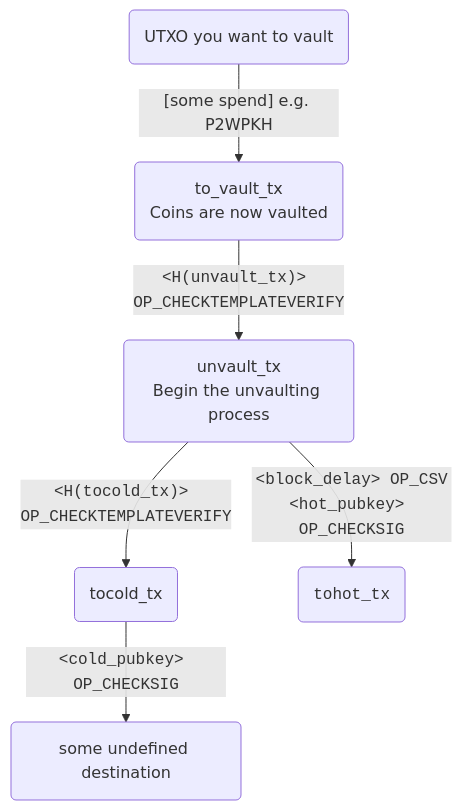
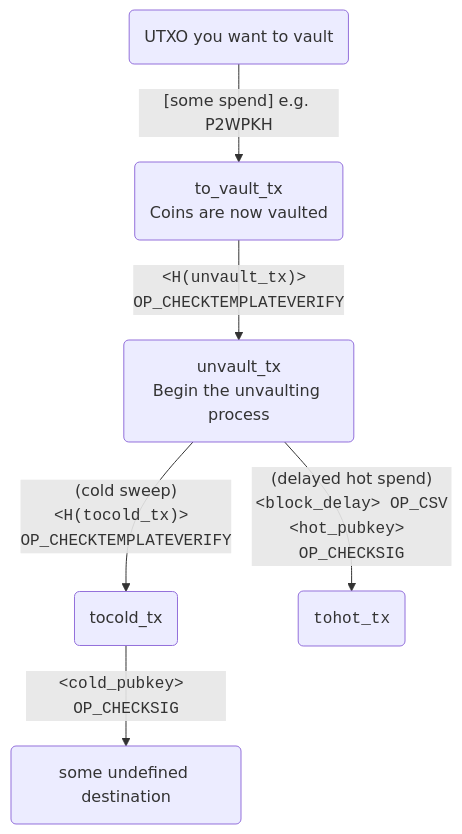
Before and after one commit to jamesob/simple-ctv-vault: the second of 2 diagrams in README.md, drawn with Mermaid. The commit also changed other lines of this file, not shown here.

````diff
--- a/README.md
+++ b/README.md
@@ -98,8 +101,8 @@
 ```mermaid
 flowchart TD
   A(UTXO you want to vault) -->|"[some spend] e.g. P2WPKH"| V(to_vault_tx<br/>Coins are now vaulted)
   V -->|"<code>&lt;H(unvault_tx)&gt; OP_CHECKTEMPLATEVERIFY</code>"| U(unvault_tx<br/>Begin the unvaulting process)
-  U -->|"<code>&lt;H(tocold_tx)&gt; OP_CHECKTEMPLATEVERIFY</code>"| C(tocold_tx)
-  U -->|"<code>&lt;block_delay&gt; OP_CSV<br />&lt;hot_pubkey&gt; OP_CHECKSIG</code>"| D(<code>tohot_tx</code>)
+  U -->|"(cold sweep)<br/><code>&lt;H(tocold_tx)&gt; OP_CHECKTEMPLATEVERIFY</code>"| C(tocold_tx)
+  U -->|"(delayed hot spend)<br/><code>&lt;block_delay&gt; OP_CSV<br />&lt;hot_pubkey&gt; OP_CHECKSIG</code>"| D(<code>tohot_tx</code>)
   C -->|"<code>&lt;cold_pubkey&gt; OP_CHECKSIG</code>"| E(some undefined destination)
 ```
````
